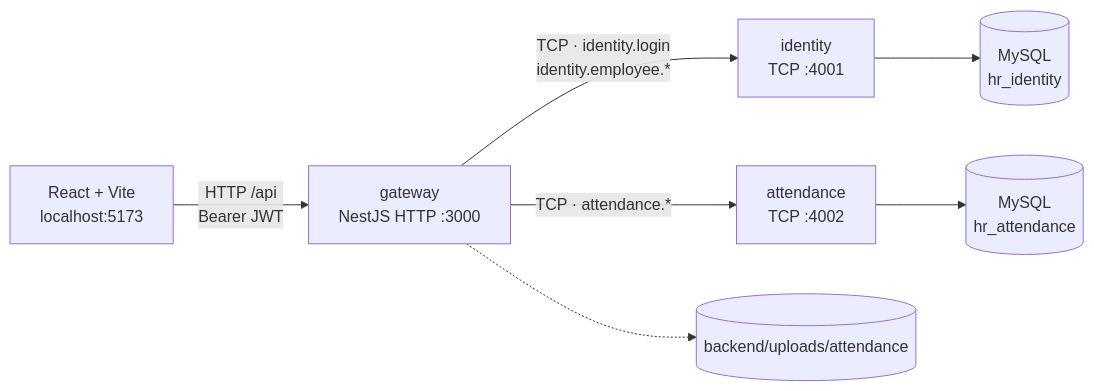
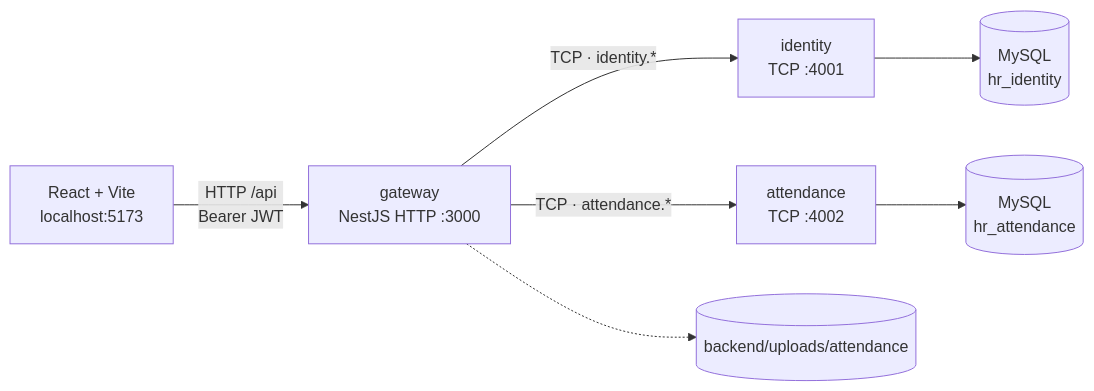
The first of 2 diagrams in README.md (KingAbby/Dashboard-Employee), drawn with Mermaid before and after one commit. The commit also changed other lines of this file and 6 other files, not shown here.

````diff
--- a/README.md
+++ b/README.md
@@ -29,9 +12,9 @@
 ```mermaid
 flowchart LR
   FE["React + Vite<br/>localhost:5173"] -->|"HTTP /api<br/>Bearer JWT"| GW["gateway<br/>NestJS HTTP :3000"]
-  GW -->|"TCP · identity.login<br/>identity.employee.*"| ID["identity<br/>TCP :4001"]
+  GW -->|"TCP · identity.*"| ID["identity<br/>TCP :4001"]
   GW -->|"TCP · attendance.*"| AT["attendance<br/>TCP :4002"]
   ID --> DB1[("MySQL<br/>hr_identity")]
   AT --> DB2[("MySQL<br/>hr_attendance")]
   GW -.-> FS[("backend/uploads/attendance")]
 ```
````
